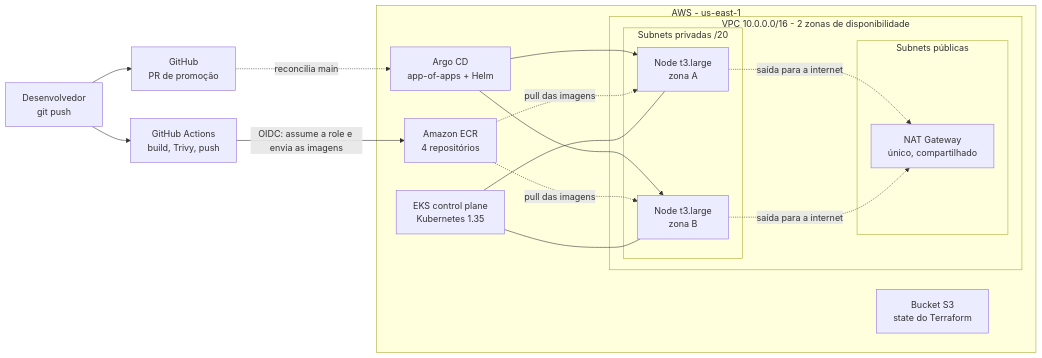
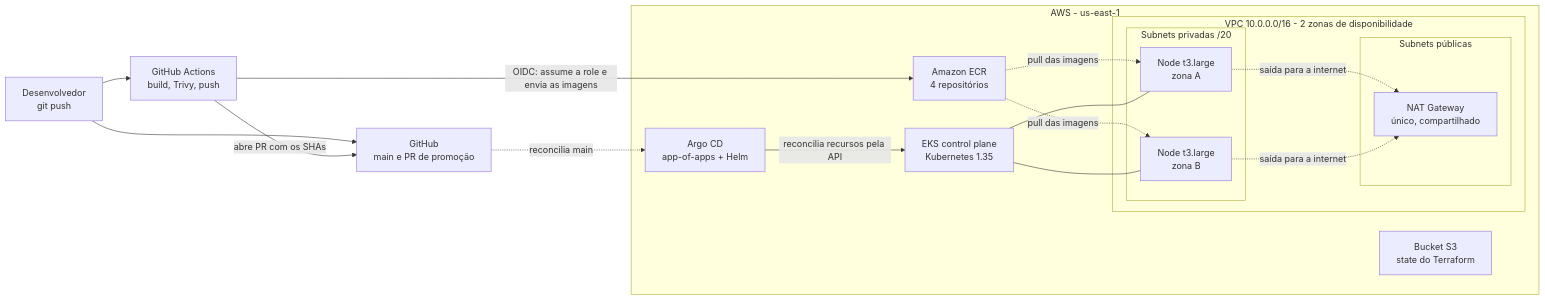
Before and after one commit to vxtxbryan/lab-ecommerce-microsservicos: the first of 4 diagrams in README.md, drawn with Mermaid. The commit also changed other lines of this file, not shown here.

````diff
--- a/README.md
+++ b/README.md
@@ -69,32 +69,32 @@
 ```mermaid
 flowchart LR
     dev["Desenvolvedor<br/>git push"] --> gha["GitHub Actions<br/>build, Trivy, push"]
-    dev --> repo["GitHub<br/>PR de promoção"]
+    dev --> repo["GitHub<br/>main e PR de promoção"]
+    gha -->|"abre PR com os SHAs"| repo
 
     subgraph AWS["AWS - us-east-1"]
         ecr["Amazon ECR<br/>4 repositórios"]
         s3["Bucket S3<br/>state do Terraform"]
         cp["EKS control plane<br/>Kubernetes 1.35"]
         argocd["Argo CD<br/>app-of-apps + Helm"]
         subgraph VPC["VPC 10.0.0.0/16 - 2 zonas de disponibilidade"]
             subgraph PUB["Subnets públicas"]
                 nat["NAT Gateway<br/>único, compartilhado"]
             end
             subgraph PRIV["Subnets privadas /20"]
                 n1["Node t3.large<br/>zona A"]
                 n2["Node t3.large<br/>zona B"]
             end
         end
     end
 
     gha -->|"OIDC: assume a role e envia as imagens"| ecr
     repo -.->|"reconcilia main"| argocd
-    argocd --> n1
-    argocd --> n2
+    argocd -->|"reconcilia recursos pela API"| cp
     ecr -.->|"pull das imagens"| n1
     ecr -.->|"pull das imagens"| n2
     cp --- n1
     cp --- n2
     n1 -.->|"saída para a internet"| nat
     n2 -.->|"saída para a internet"| nat
 ```
````
